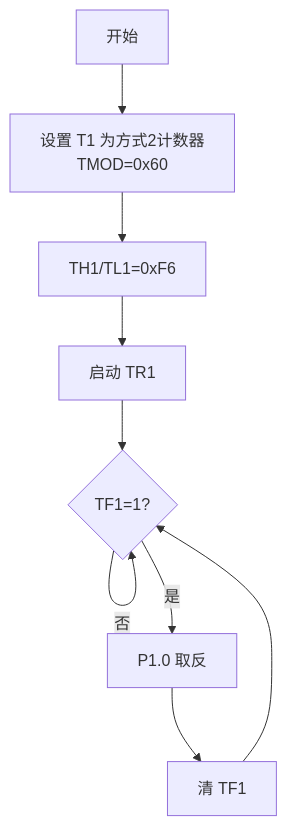
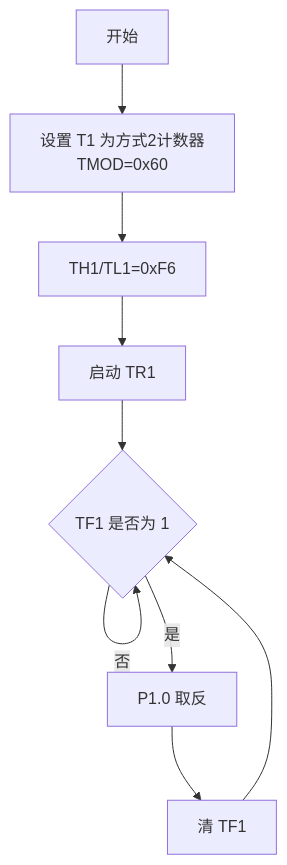
Before and after one commit to Travor278/Microcontrollers-and-Embedded-Systems: the second of 5 diagrams in EX3/Paper/实验三算法流程图_mermaid.md, drawn with Mermaid. The commit also changed other lines of this file and 101 other files, not shown here.

````diff
--- a/EX3/Paper/实验三算法流程图_mermaid.md
+++ b/EX3/Paper/实验三算法流程图_mermaid.md
@@ -21,11 +21,11 @@
 ```mermaid
 flowchart TD
-    A[开始] --> B[设置 T1 为方式2计数器<br/>TMOD=0x60]
-    B --> C[TH1/TL1=0xF6]
-    C --> D[启动 TR1]
-    D --> E{TF1=1?}
+    A["开始"] --> B["设置 T1 为方式2计数器<br/>TMOD=0x60"]
+    B --> C["TH1/TL1=0xF6"]
+    C --> D["启动 TR1"]
+    D --> E{"TF1 是否为 1"}
     E -- 否 --> E
-    E -- 是 --> F[P1.0 取反]
-    F --> G[清 TF1]
+    E -- 是 --> F["P1.0 取反"]
+    F --> G["清 TF1"]
     G --> E
 ```
````
